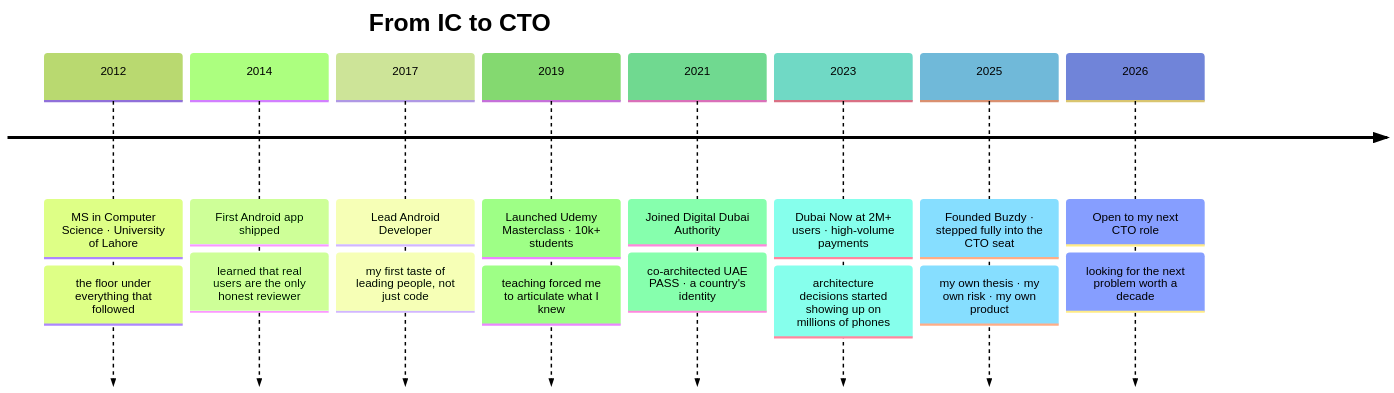
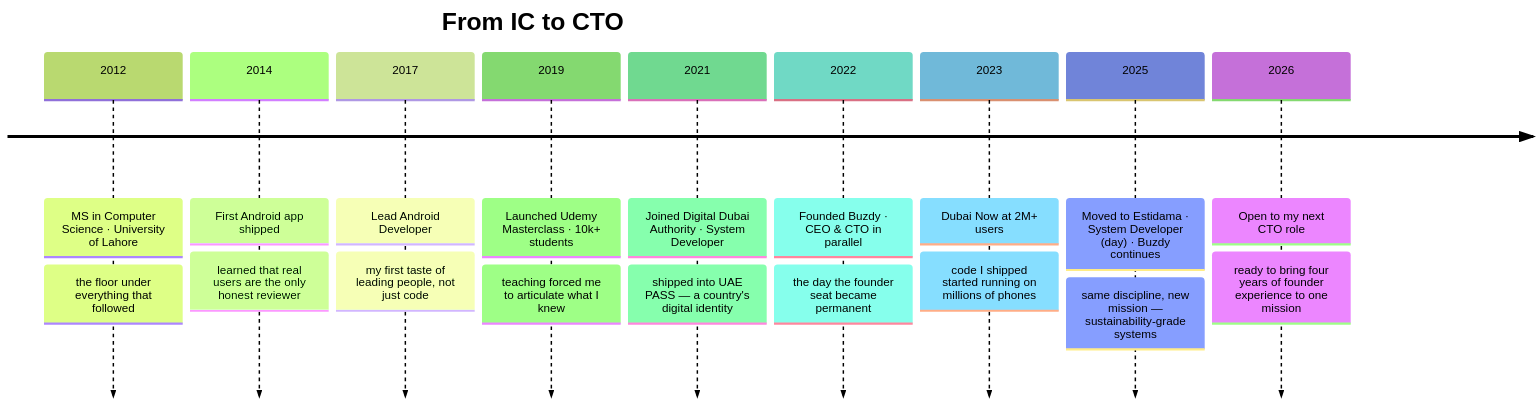
The second of 3 diagrams in README.md (ziacto/ziacto), drawn with Mermaid (forest theme) before and after one commit. The commit also changed other lines of this file and 1 other file, not shown here.

First line of the commit message:
Honest CTO positioning + colorful gradient banner + alignment fixes

````diff
--- a/README.md
+++ b/README.md
@@ -287,20 +289,22 @@
 ```mermaid
 timeline
   title From IC to CTO
   2012 : MS in Computer Science · University of Lahore
        : the floor under everything that followed
   2014 : First Android app shipped
        : learned that real users are the only honest reviewer
   2017 : Lead Android Developer
        : my first taste of leading people, not just code
   2019 : Launched Udemy Masterclass · 10k+ students
        : teaching forced me to articulate what I knew
-  2021 : Joined Digital Dubai Authority
-       : co-architected UAE PASS · a country's identity
-  2023 : Dubai Now at 2M+ users · high-volume payments
-       : architecture decisions started showing up on millions of phones
-  2025 : Founded Buzdy · stepped fully into the CTO seat
-       : my own thesis · my own risk · my own product
+  2021 : Joined Digital Dubai Authority · System Developer
+       : shipped into UAE PASS — a country's digital identity
+  2022 : Founded Buzdy · CEO & CTO in parallel
+       : the day the founder seat became permanent
+  2023 : Dubai Now at 2M+ users
+       : code I shipped started running on millions of phones
+  2025 : Moved to Estidama · System Developer (day) · Buzdy continues
+       : same discipline, new mission — sustainability-grade systems
   2026 : Open to my next CTO role
-       : looking for the next problem worth a decade
+       : ready to bring four years of founder experience to one mission
 ```
````
